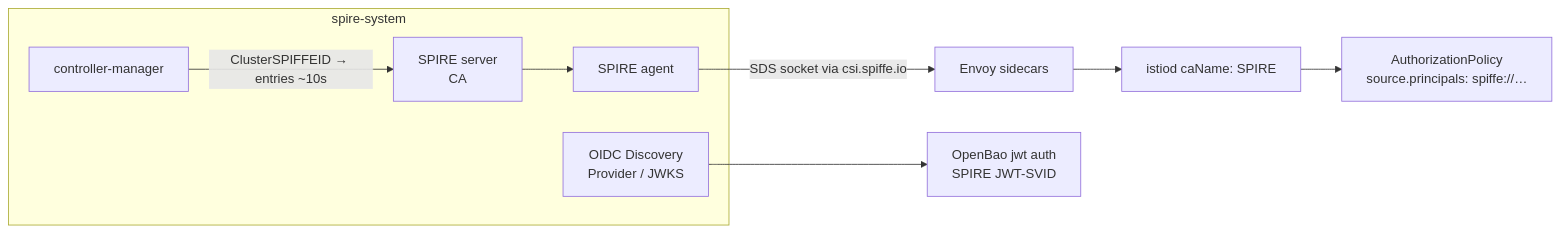
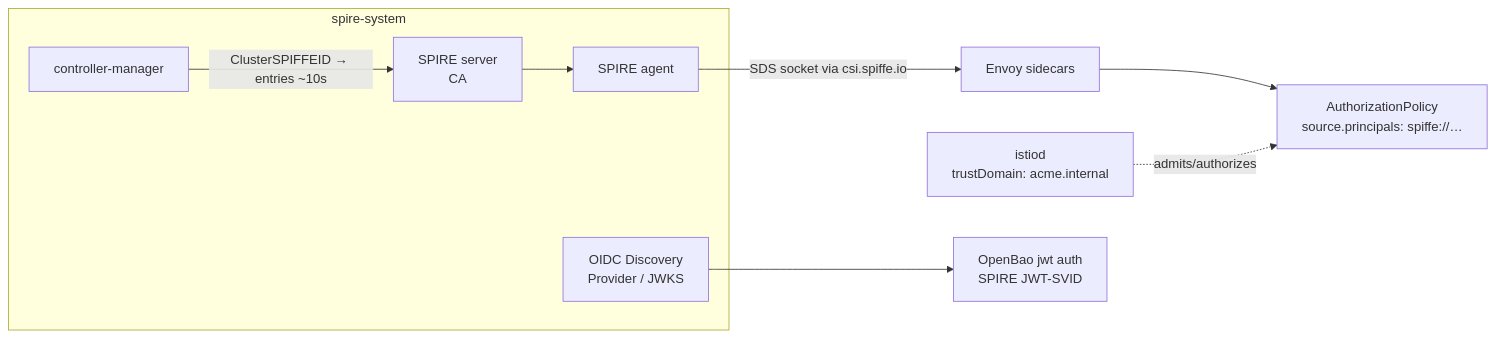
The diagram in identity/README.md (policy-as-versioned-platform/platform), drawn with Mermaid before and after one commit. The commit also changed other lines of this file and 4 other files, not shown here.

````diff
--- a/identity/README.md
+++ b/identity/README.md
@@ -23,12 +23,12 @@
 ```mermaid
 flowchart LR
   subgraph spire-system
     SS[SPIRE server<br/>CA] --> SA[SPIRE agent]
     SCM[controller-manager] -->|ClusterSPIFFEID → entries ~10s| SS
     OIDC[OIDC Discovery<br/>Provider / JWKS]
   end
   SA -->|SDS socket via csi.spiffe.io| ENV[Envoy sidecars]
-  ENV --> IST[istiod caName: SPIRE]
-  IST --> AP[AuthorizationPolicy<br/>source.principals: spiffe://…]
+  ENV --> AP[AuthorizationPolicy<br/>source.principals: spiffe://…]
+  IST[istiod<br/>trustDomain: acme.internal] -.->|admits/authorizes| AP
   OIDC --> OB[OpenBao jwt auth<br/>SPIRE JWT-SVID]
 ```
````
